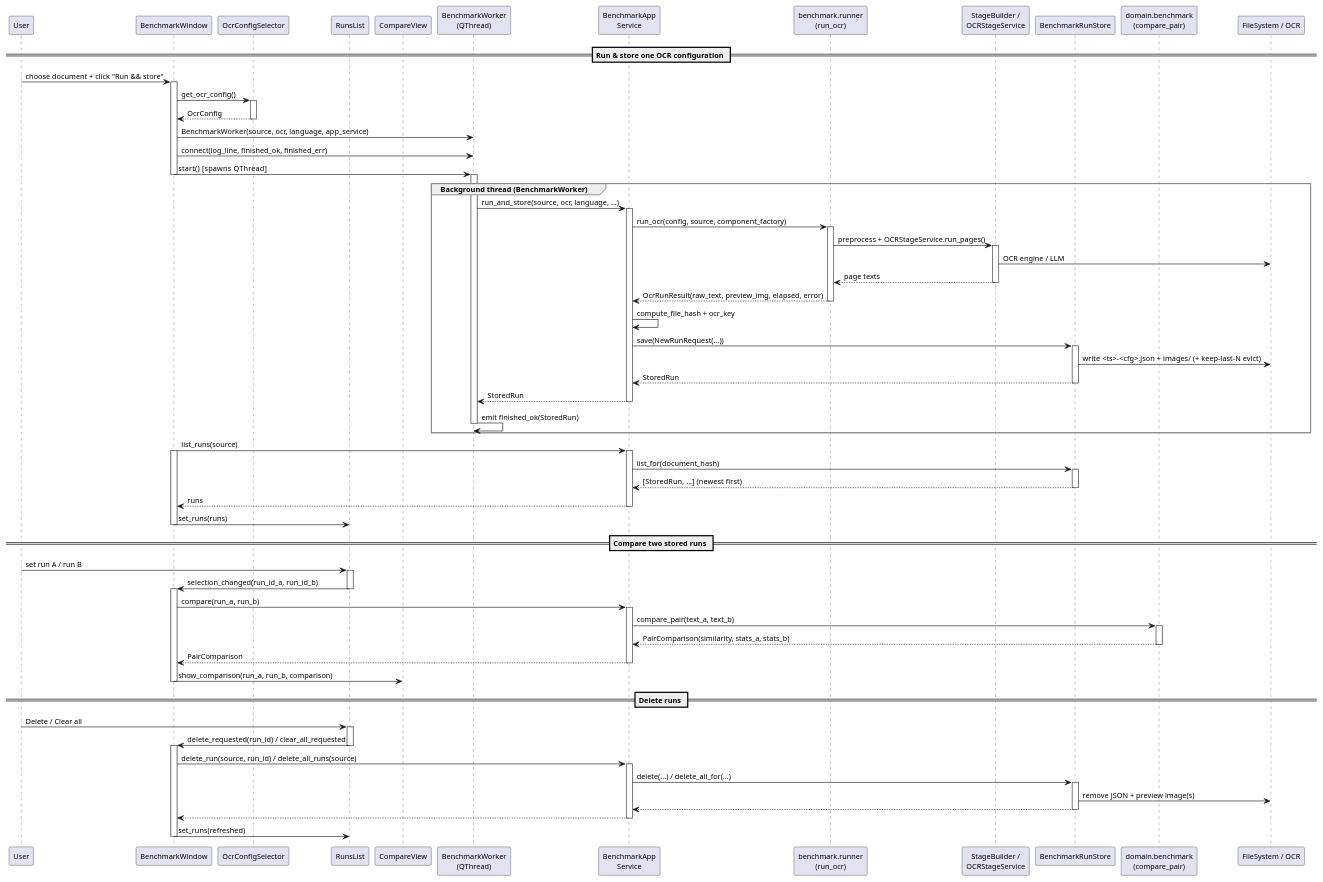
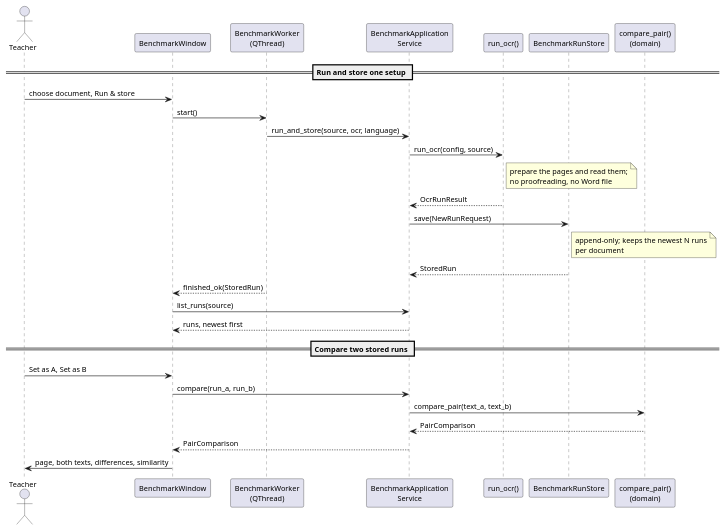
Before and after one commit to JoHoenk/teachers-teammate: the diagram in docs/assets/sequence_benchmark_compare.puml, drawn with PlantUML. The commit also changed 49 other files, not shown here.

```diff
--- a/docs/assets/sequence_benchmark_compare.puml
+++ b/docs/assets/sequence_benchmark_compare.puml
@@ -1,110 +1,36 @@
-@startuml Teacher's Teammate — Benchmark Run & Compare
-
+@startuml Teacher's Teammate — Benchmark: run, store, compare
 skinparam defaultFontSize 12
 skinparam sequenceArrowThickness 1
-skinparam sequenceGroupBorderColor #888888
 skinparam sequenceLifeLineBorderColor #555555
 skinparam shadowing false
-skinparam noteBackgroundColor #FFFFDD
 
-participant "User"                       as USER
-participant "BenchmarkWindow"            as WIN
-participant "OcrConfigSelector"          as SEL
-participant "RunsList"                   as LIST
-participant "CompareView"                as CMP
+actor "Teacher" as USER
+participant "BenchmarkWindow" as WIN
 participant "BenchmarkWorker\n(QThread)" as WORKER
-participant "BenchmarkApp\nService"      as SVC
-participant "benchmark.runner\n(run_ocr)" as RUN
-participant "StageBuilder /\nOCRStageService" as STAGES
-participant "BenchmarkRunStore"          as STORE
-participant "domain.benchmark\n(compare_pair)" as DOM
-participant "FileSystem / OCR"           as EXT
+participant "BenchmarkApplication\nService" as SVC
+participant "run_ocr()" as RUN
+participant "BenchmarkRunStore" as STORE
+participant "compare_pair()\n(domain)" as DOM
 
-== Run & store one OCR configuration ==
-
-USER -> WIN            : choose document + click "Run && store"
-activate WIN
-WIN -> SEL             : get_ocr_config()
-activate SEL
-SEL --> WIN            : OcrConfig
-deactivate SEL
-WIN -> WORKER          : BenchmarkWorker(source, ocr, language, app_service)
-WIN -> WORKER          : connect(log_line, finished_ok, finished_err)
-WIN -> WORKER          : start()   [spawns QThread]
-deactivate WIN
-
-group Background thread (BenchmarkWorker)
-  activate WORKER
-  WORKER -> SVC        : run_and_store(source, ocr, language, …)
-  activate SVC
-  SVC -> RUN           : run_ocr(config, source, component_factory)
-  activate RUN
-  RUN -> STAGES        : preprocess + OCRStageService.run_pages()
-  activate STAGES
-  STAGES -> EXT        : OCR engine / LLM
-  STAGES --> RUN       : page texts
-  deactivate STAGES
-  RUN --> SVC          : OcrRunResult(raw_text, preview_img, elapsed, error)
-  deactivate RUN
-  SVC -> SVC           : compute_file_hash + ocr_key
-  SVC -> STORE         : save(NewRunRequest(...))
-  activate STORE
-  STORE -> EXT         : write <ts>-<cfg>.json + images/  (+ keep-last-N evict)
-  STORE --> SVC        : StoredRun
-  deactivate STORE
-  SVC --> WORKER       : StoredRun
-  deactivate SVC
-  WORKER -> WORKER     : emit finished_ok(StoredRun)
-  deactivate WORKER
-end
-
-WIN -> SVC             : list_runs(source)
-activate WIN
-activate SVC
-SVC -> STORE           : list_for(document_hash)
-activate STORE
-STORE --> SVC          : [StoredRun, …]  (newest first)
-deactivate STORE
-SVC --> WIN            : runs
-deactivate SVC
-WIN -> LIST            : set_runs(runs)
-deactivate WIN
+== Run and store one setup ==
+USER -> WIN : choose document, Run & store
+WIN -> WORKER : start()
+WORKER -> SVC : run_and_store(source, ocr, language)
+SVC -> RUN : run_ocr(config, source)
+note right of RUN : prepare the pages and read them;\nno proofreading, no Word file
+RUN --> SVC : OcrRunResult
+SVC -> STORE : save(NewRunRequest)
+note right of STORE : append-only; keeps the newest N runs\nper document
+STORE --> SVC : StoredRun
+WORKER ---> WIN : finished_ok(StoredRun)
+WIN -> SVC : list_runs(source)
+SVC --> WIN : runs, newest first
 
 == Compare two stored runs ==
-
-USER -> LIST           : set run A / run B
-activate LIST
-LIST -> WIN            : selection_changed(run_id_a, run_id_b)
-deactivate LIST
-activate WIN
-WIN -> SVC             : compare(run_a, run_b)
-activate SVC
-SVC -> DOM             : compare_pair(text_a, text_b)
-activate DOM
-DOM --> SVC            : PairComparison(similarity, stats_a, stats_b)
-deactivate DOM
-SVC --> WIN            : PairComparison
-deactivate SVC
-WIN -> CMP             : show_comparison(run_a, run_b, comparison)
-deactivate WIN
-
-== Delete runs ==
-
-USER -> LIST           : Delete / Clear all
-activate LIST
-LIST -> WIN            : delete_requested(run_id) / clear_all_requested
-deactivate LIST
-activate WIN
-WIN -> SVC             : delete_run(source, run_id) / delete_all_runs(source)
-activate SVC
-SVC -> STORE           : delete(...) / delete_all_for(...)
-activate STORE
-STORE -> EXT           : remove JSON + preview image(s)
-STORE --> SVC          :
-deactivate STORE
-SVC --> WIN            :
-deactivate SVC
-WIN -> LIST            : set_runs(refreshed)
-deactivate WIN
-
+USER -> WIN : Set as A, Set as B
+WIN -> SVC : compare(run_a, run_b)
+SVC -> DOM : compare_pair(text_a, text_b)
+DOM --> SVC : PairComparison
+SVC --> WIN : PairComparison
+WIN -> USER : page, both texts, differences, similarity
 @enduml
```
